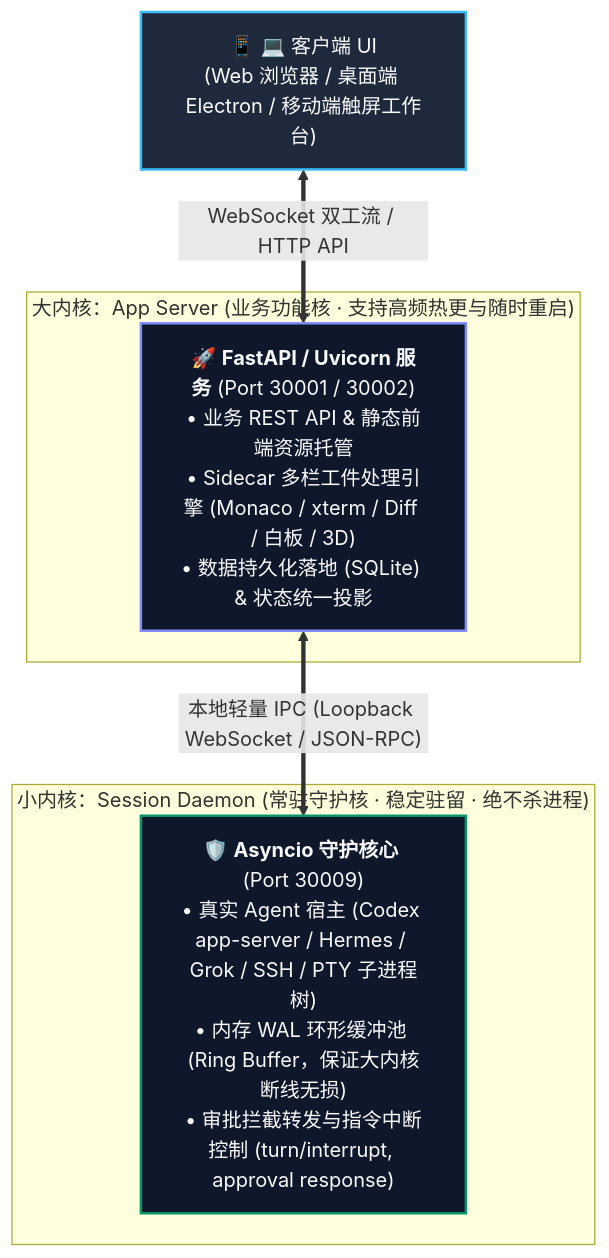
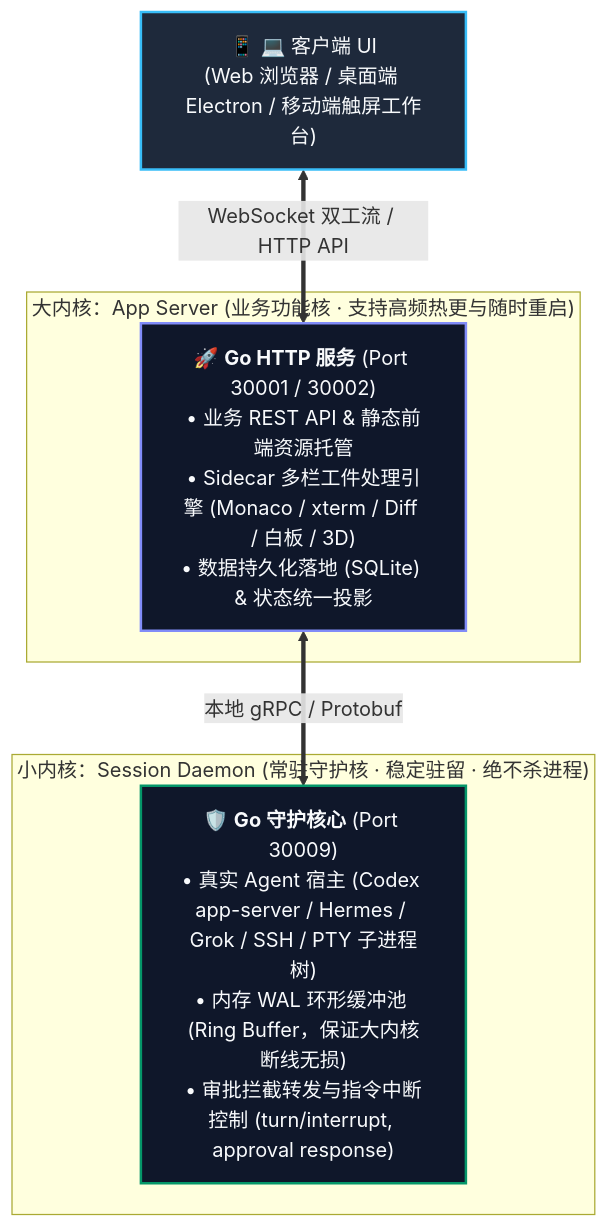
One commit to glwlg/astrorder changed the diagram in README.md. Above: the diagram before and after it, drawn with Mermaid. The commit also changed other lines of this file and 908 other files, not shown here.

````diff
--- a/README.md
+++ b/README.md
@@ -97,24 +97,24 @@
 ```mermaid
 flowchart TD
     UI["📱 💻 客户端 UI<br/>(Web 浏览器 / 桌面端 Electron / 移动端触屏工作台)"]
 
     subgraph BigKernel ["大内核：App Server (业务功能核 · 支持高频热更与随时重启)"]
-        AS["🚀 <b>FastAPI / Uvicorn 服务</b> (Port 30001 / 30002)<br/>• 业务 REST API & 静态前端资源托管<br/>• Sidecar 多栏工件处理引擎 (Monaco / xterm / Diff / 白板 / 3D)<br/>• 数据持久化落地 (SQLite) & 状态统一投影"]
+        AS["🚀 <b>Go HTTP 服务</b> (Port 30001 / 30002)<br/>• 业务 REST API & 静态前端资源托管<br/>• Sidecar 多栏工件处理引擎 (Monaco / xterm / Diff / 白板 / 3D)<br/>• 数据持久化落地 (SQLite) & 状态统一投影"]
     end
 
     subgraph SmallKernel ["小内核：Session Daemon (常驻守护核 · 稳定驻留 · 绝不杀进程)"]
-        SD["🛡️ <b>Asyncio 守护核心</b> (Port 30009)<br/>• 真实 Agent 宿主 (Codex app-server / Hermes / Grok / SSH / PTY 子进程树)<br/>• 内存 WAL 环形缓冲池 (Ring Buffer，保证大内核断线无损)<br/>• 审批拦截转发与指令中断控制 (turn/interrupt, approval response)"]
+        SD["🛡️ <b>Go 守护核心</b> (Port 30009)<br/>• 真实 Agent 宿主 (Codex app-server / Hermes / Grok / SSH / PTY 子进程树)<br/>• 内存 WAL 环形缓冲池 (Ring Buffer，保证大内核断线无损)<br/>• 审批拦截转发与指令中断控制 (turn/interrupt, approval response)"]
     end
 
     UI <==>|"WebSocket 双工流 / HTTP API"| AS
-    AS <==>|"本地轻量 IPC (Loopback WebSocket / JSON-RPC)"| SD
+    AS <==>|"本地 gRPC / Protobuf"| SD
 
     classDef default fill:#1e293b,stroke:#475569,stroke-width:1.5px,color:#f8fafc;
     classDef clientNode fill:#1e293b,stroke:#38bdf8,stroke-width:2px,color:#f8fafc;
     classDef bigKernelNode fill:#0f172a,stroke:#818cf8,stroke-width:2px,color:#f8fafc;
     classDef smallKernelNode fill:#0f172a,stroke:#059669,stroke-width:2px,color:#f8fafc;
 
     class UI clientNode;
     class AS bigKernelNode;
     class SD smallKernelNode;
 ```
````
